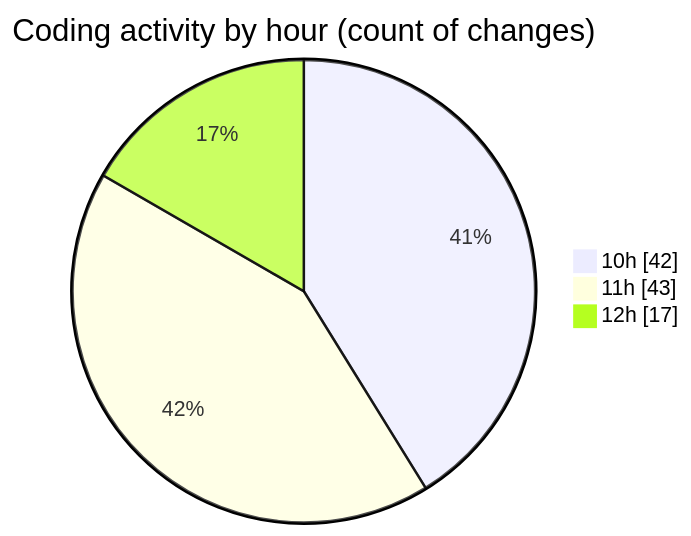
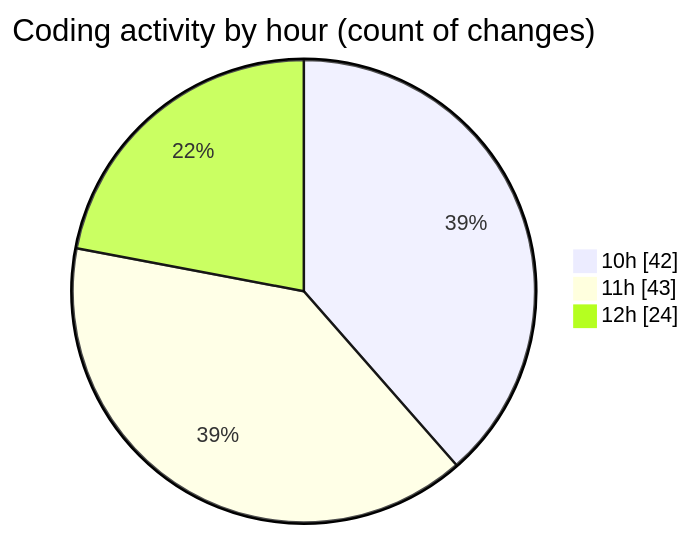
One commit to CELIANVF/code-tracking changed the second of 2 diagrams in 2025-05-15/ecodeli-1/README.md. Above: the diagram before and after it, drawn with Mermaid. The commit also changed other lines of this file and 1 other file, not shown here.

````diff
--- a/2025-05-15/ecodeli-1/README.md
+++ b/2025-05-15/ecodeli-1/README.md
@@ -61,7 +62,7 @@
 ```mermaid
 pie showData
 title Coding activity by hour (count of changes)
 "10h" : 42
 "11h" : 43
-"12h" : 17
+"12h" : 24
 ```
````
